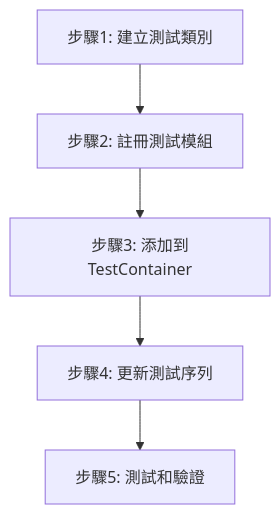
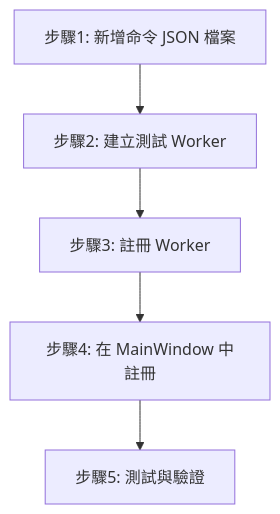
Before and after one commit to MingYuan-Chen/orion_v2: diagram 11 of 40 in orion_developer_document.md, drawn with Mermaid. The commit also changed other lines of this file and 7 other files, not shown here.

````diff
--- a/orion_developer_document.md
+++ b/orion_developer_document.md
@@ -627,13 +633,7 @@
 ```mermaid
 graph TD
-    A[步驟1: 建立測試類別]
-    B[步驟2: 註冊測試模組]
-    C[步驟3: 添加到TestContainer]
-    D[步驟4: 更新測試序列]
-    E[步驟5: 測試和驗證]
-    
-    A --> B
-    B --> C
-    C --> D
-    D --> E
+    A[步驟1: 新增命令 JSON 檔案] --> B[步驟2: 建立測試 Worker]
+    B --> C[步驟3: 註冊 Worker]
+    C --> D[步驟4: 在 MainWindow 中註冊]
+    D --> E[步驟5: 測試與驗證]
 ```
````
